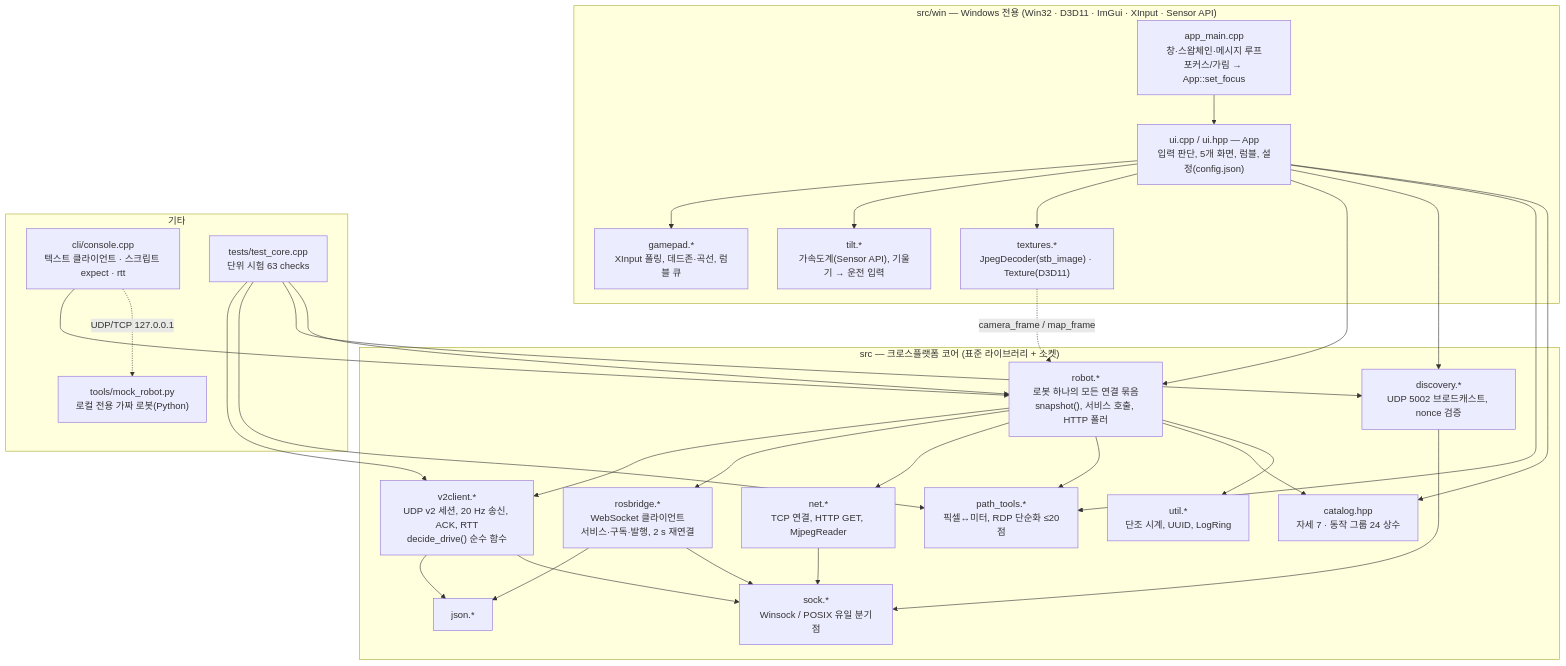
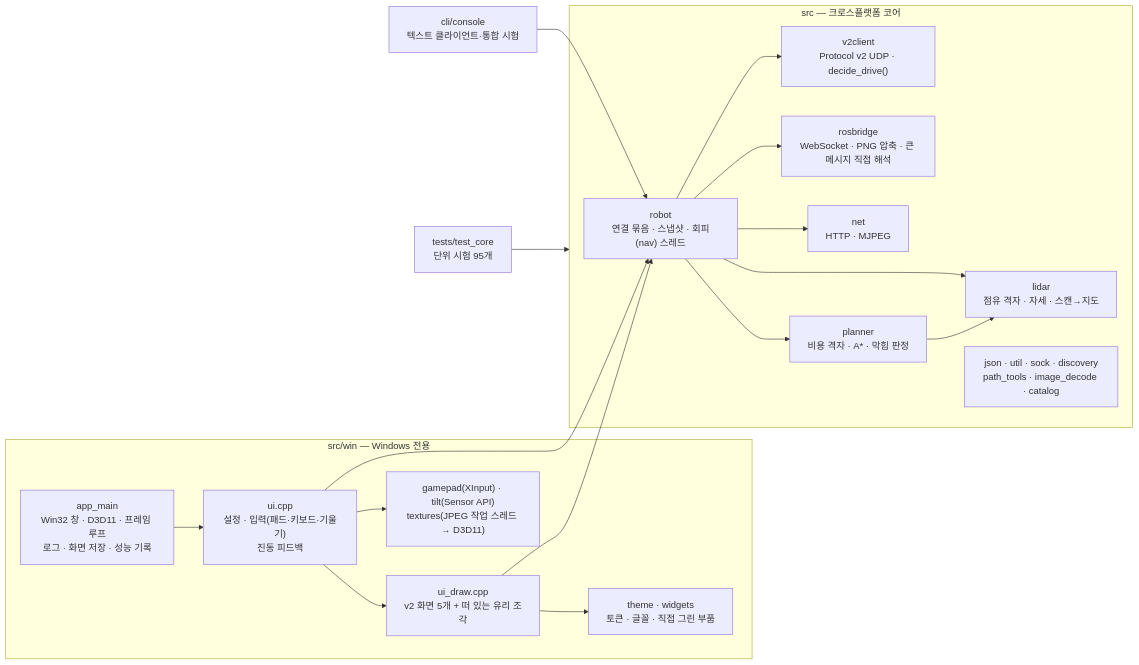
Before and after one commit to Ksyear/puppypi_heukgalli: the first of 3 diagrams in docs/ARCHITECTURE.md, drawn with Mermaid. The commit also changed other lines of this file and 6 other files, not shown here.

Commit message:
Docs: architecture rewrite (LiDAR, planner, threads, v2 UI), code tour, refreshed screenshots

````diff
--- a/docs/ARCHITECTURE.md
+++ b/docs/ARCHITECTURE.md
@@ -9,57 +7,27 @@
 ```mermaid
-flowchart TB
-    subgraph win["src/win — Windows 전용 (Win32 · D3D11 · ImGui · XInput · Sensor API)"]
-        app_main["app_main.cpp<br/>창·스왑체인·메시지 루프<br/>포커스/가림 → App::set_focus"]
-        ui["ui.cpp / ui.hpp — App<br/>입력 판단, 5개 화면, 럼블, 설정(config.json)"]
-        gamepad["gamepad.*<br/>XInput 폴링, 데드존·곡선, 럼블 큐"]
-        tilt["tilt.*<br/>가속도계(Sensor API), 기울기 → 운전 입력"]
-        textures["textures.*<br/>JpegDecoder(stb_image) · Texture(D3D11)"]
-    end
-
-    subgraph core["src — 크로스플랫폼 코어 (표준 라이브러리 + 소켓)"]
-        robot["robot.*<br/>로봇 하나의 모든 연결 묶음<br/>snapshot(), 서비스 호출, HTTP 폴러"]
-        v2["v2client.*<br/>UDP v2 세션, 20 Hz 송신, ACK, RTT<br/>decide_drive() 순수 함수"]
-        rosb["rosbridge.*<br/>WebSocket 클라이언트<br/>서비스·구독·발행, 2 s 재연결"]
-        net["net.*<br/>TCP 연결, HTTP GET, MjpegReader"]
-        disc["discovery.*<br/>UDP 5002 브로드캐스트, nonce 검증"]
-        path["path_tools.*<br/>픽셀↔미터, RDP 단순화 ≤20점"]
-        json["json.*"]
-        util["util.*<br/>단조 시계, UUID, LogRing"]
-        sock["sock.*<br/>Winsock / POSIX 유일 분기점"]
-        catalog["catalog.hpp<br/>자세 7 · 동작 그룹 24 상수"]
-    end
-
-    subgraph other["기타"]
-        cli["cli/console.cpp<br/>텍스트 클라이언트 · 스크립트 expect · rtt"]
-        tests["tests/test_core.cpp<br/>단위 시험 63 checks"]
-        mock["tools/mock_robot.py<br/>로컬 전용 가짜 로봇(Python)"]
-    end
-
-    app_main --> ui
-    ui --> gamepad
-    ui --> tilt
-    ui --> textures
-    ui --> robot
-    ui --> disc
-    ui --> path
-    ui --> catalog
-    textures -. "camera_frame / map_frame" .-> robot
-    robot --> v2
-    robot --> rosb
-    robot --> net
-    robot --> path
-    robot --> catalog
-    v2 --> json
-    rosb --> json
-    v2 --> sock
-    rosb --> sock
-    net --> sock
-    disc --> sock
-    robot --> util
-    cli --> robot
-    tests --> v2
-    tests --> path
-    tests --> disc
-    tests --> robot
-    cli -. "UDP/TCP 127.0.0.1" .-> mock
+flowchart LR
+  subgraph win["src/win — Windows 전용"]
+    main["app_main<br/>Win32 창 · D3D11 · 프레임 루프<br/>로그 · 화면 저장 · 성능 기록"]
+    ui["ui.cpp<br/>설정 · 입력(패드·키보드·기울기)<br/>진동 피드백"]
+    draw["ui_draw.cpp<br/>v2 화면 5개 + 떠 있는 유리 조각"]
+    theme["theme · widgets<br/>토큰 · 글꼴 · 직접 그린 부품"]
+    dev["gamepad(XInput) · tilt(Sensor API)<br/>textures(JPEG 작업 스레드 → D3D11)"]
+  end
+  subgraph core["src — 크로스플랫폼 코어"]
+    robot["robot<br/>연결 묶음 · 스냅샷 · 회피(nav) 스레드"]
+    v2["v2client<br/>Protocol v2 UDP · decide_drive()"]
+    rb["rosbridge<br/>WebSocket · PNG 압축 · 큰 메시지 직접 해석"]
+    net["net<br/>HTTP · MJPEG"]
+    lidar["lidar<br/>점유 격자 · 자세 · 스캔→지도"]
+    plan["planner<br/>비용 격자 · A* · 막힘 판정"]
+    misc["json · util · sock · discovery<br/>path_tools · image_decode · catalog"]
+  end
+  main --> ui --> draw --> theme
+  ui --> dev
+  ui --> robot
+  draw --> robot
+  robot --> v2 & rb & net & lidar & plan
+  plan --> lidar
+  cli["cli/console<br/>텍스트 클라이언트·통합 시험"] --> robot
+  tests["tests/test_core<br/>단위 시험 95개"] --> core
 ```
````
